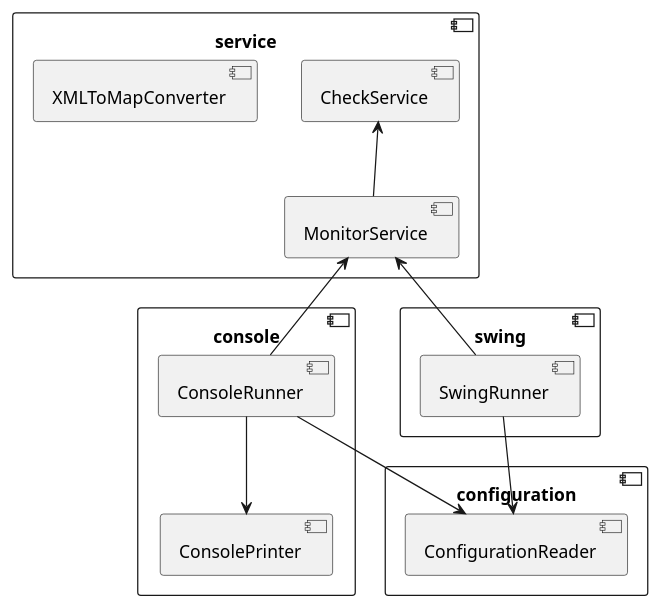
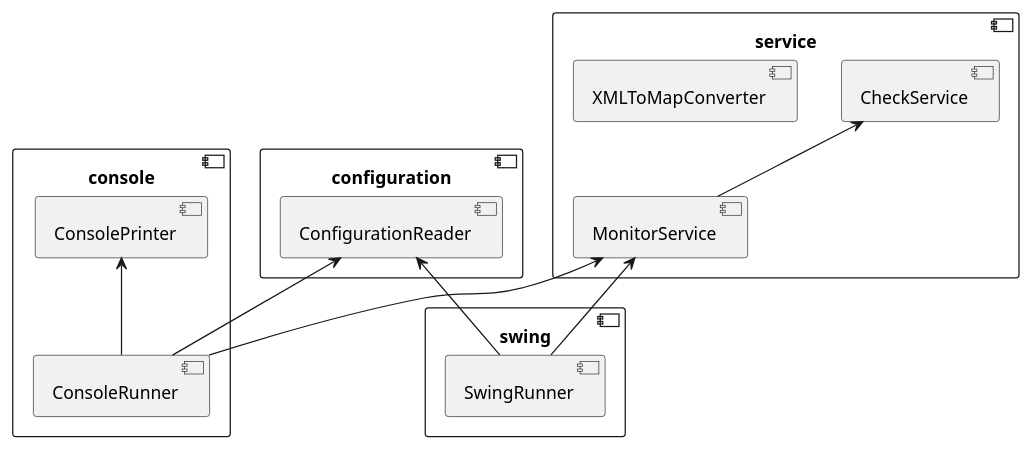
One commit to greifentor/service-monitor changed the diagram in documentation/components.plantuml. Above: the diagram before and after it, drawn with PlantUML. The commit also changed 1 other file, not shown here.

```diff
--- a/documentation/components.plantuml
+++ b/documentation/components.plantuml
@@ -1,42 +1,42 @@
 @startuml
 
 component service {
 
 	component CheckService
 	
 	component MonitorService
 	
 	component XMLToMapConverter
 	
 	MonitorService -UP-> CheckService
 
 }
 
 component configuration {
 
 	component ConfigurationReader
 	
 }
 
 component console {
 
 	component ConsoleRunner
 	
 	component ConsolePrinter
 	
-	ConsoleRunner --> ConfigurationReader
-	ConsoleRunner --> ConsolePrinter
+	ConsoleRunner -UP-> ConfigurationReader
+	ConsoleRunner -UP-> ConsolePrinter
 	ConsoleRunner -UP-> MonitorService
 
 }
 
 component swing {
 
 	component SwingRunner
 	
 	SwingRunner -UP-> MonitorService
-	SwingRunner --> ConfigurationReader
+	SwingRunner -UP-> ConfigurationReader
 
 }
 
 @enduml
```
